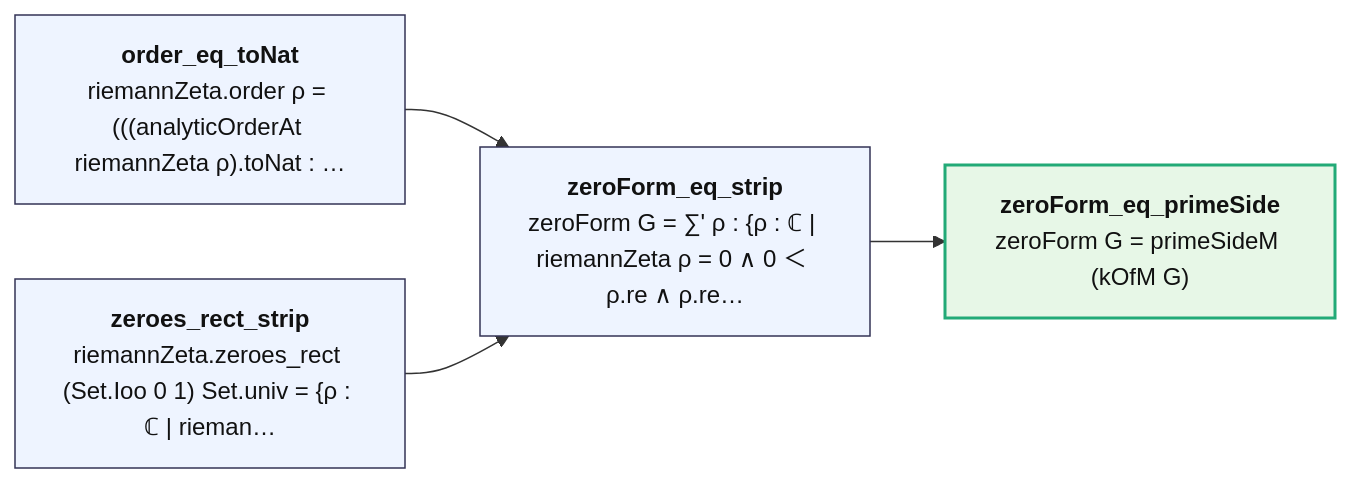
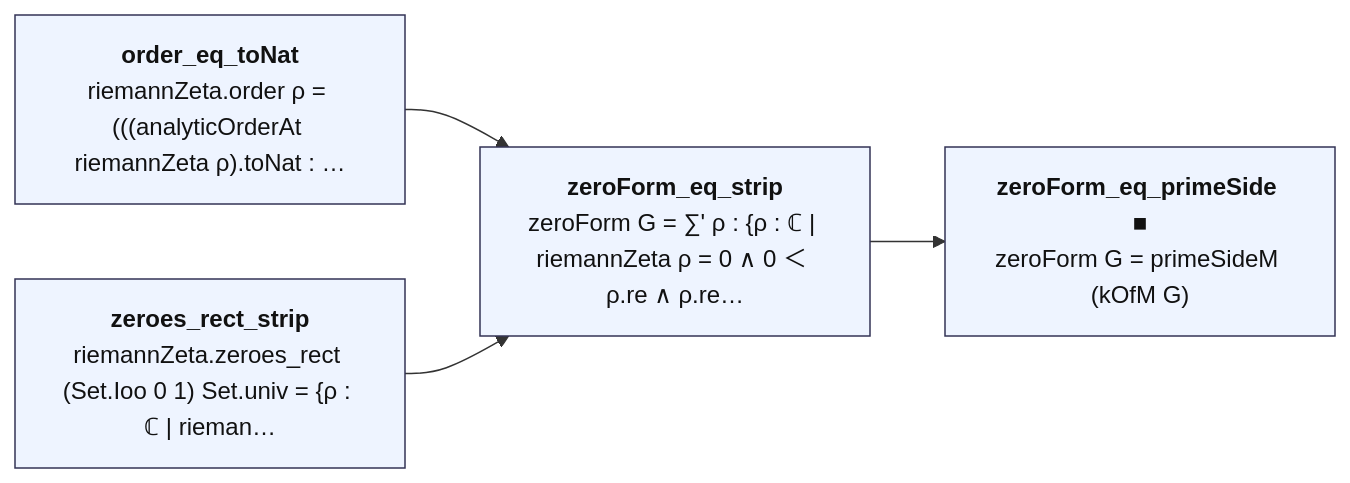
Before and after one commit to juliansambranojr/Primebeat_081426: the diagram in map/lean_stage3/WeilBridgeLeaf.md, drawn with Mermaid. The commit also changed other lines of this file and 398 other files, not shown here.

````diff
--- a/map/lean_stage3/WeilBridgeLeaf.md
+++ b/map/lean_stage3/WeilBridgeLeaf.md
@@ -12,15 +12,18 @@
 ```mermaid
 flowchart LR
   n0["<b>order_eq_toNat</b><br/>riemannZeta.order ρ = (((analyticOrderAt riemannZeta ρ).toNat : …"]:::thm
   n1["<b>zeroes_rect_strip</b><br/>riemannZeta.zeroes_rect (Set.Ioo 0 1) Set.univ = {ρ : ℂ | rieman…"]:::thm
   n2["<b>zeroForm_eq_strip</b><br/>zeroForm G = ∑' ρ : {ρ : ℂ | riemannZeta ρ = 0 ∧ 0 ＜ ρ.re ∧ ρ.re…"]:::thm
-  n3["<b>zeroForm_eq_primeSide</b><br/>zeroForm G = primeSideM (kOfM G)"]:::end_
+  n3["<b>zeroForm_eq_primeSide ■</b><br/>zeroForm G = primeSideM (kOfM G)"]:::thm
   n0 --> n2
   n1 --> n2
   n2 --> n3
+  classDef cnt fill:#dff5ec,stroke:#17694a,color:#111
+  classDef shp fill:#f1ecfb,stroke:#5b3fa0,color:#111
+  classDef rh fill:#ffe5e5,stroke:#c22,color:#111,stroke-width:2px
   classDef thm fill:#eef4ff,stroke:#335,color:#111
   classDef end_ fill:#e7f7e7,stroke:#2a7,color:#111,stroke-width:2px
   classDef lone fill:#fff,stroke:#999,color:#111,stroke-dasharray:4 3
   classDef bad fill:#ffe5e5,stroke:#c22,color:#111,stroke-width:2px
   classDef ext fill:#fff8e1,stroke:#b80,color:#111
 ```
````
